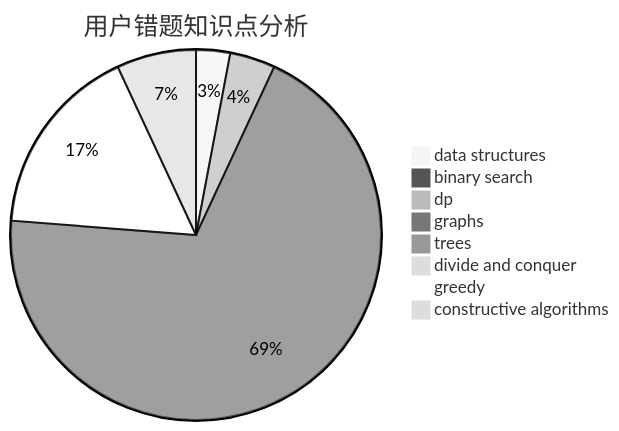
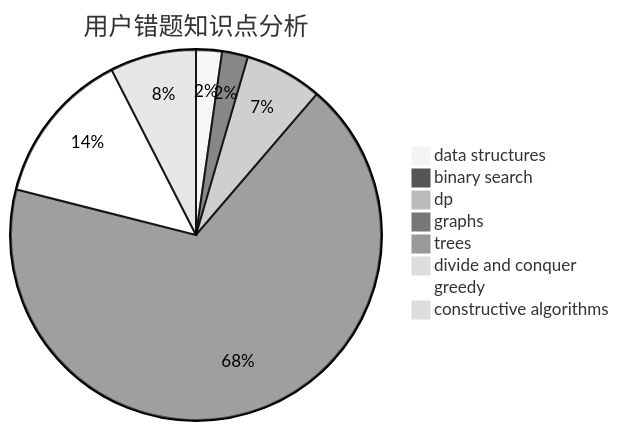
One commit to sherpahu/cfrs.github.io changed the third of 3 diagrams in docs/user/u127.md. Above: the diagram before and after it, drawn with Mermaid (neutral theme). The commit also changed other lines of this file and 2770 other files, not shown here.

````diff
--- a/docs/user/u127.md
+++ b/docs/user/u127.md
@@ -36,11 +36,11 @@
 ```mermaid
 pie title 用户错题知识点分析
     "data structures" :  3
-    "binary search" :  1
-    "dp" :  4
-    "graphs" :  70
+    "binary search" :  3
+    "dp" :  9
+    "graphs" :  90
     "trees" :  0
     "divide and conquer" :  0
-    "greedy" :  17
-    "constructive algorithms" :  7
+    "greedy" :  18
+    "constructive algorithms" :  10
 ```
````
